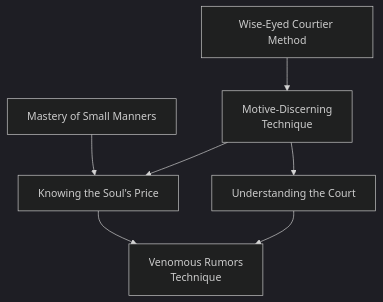
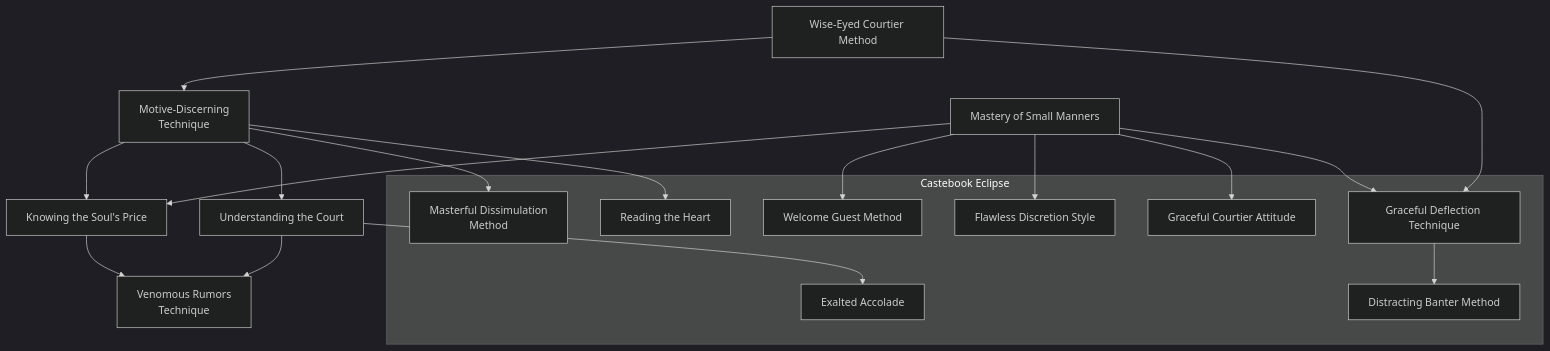
Before and after one commit to jrobichaud/exalted-charms-1e: the diagram in docs/mermaid/solar/eclipse_socialize.mmd, drawn with Mermaid. The commit also changed 8 other files, not shown here.

Commit message:
Castebook eclipse charms

```diff
--- a/docs/mermaid/solar/eclipse_socialize.mmd
+++ b/docs/mermaid/solar/eclipse_socialize.mmd
@@ -170,3 +170,208 @@
         Errata:<br>
         This charm is also lacking a Type. It is also Type: Simple.
         "
+
+    subgraph Castebook Eclipse
+        welcome_guest_method[Welcome Guest Method]
+        click welcome_guest_method callback "
+            Welcome Guest Method<br>
+            <br>
+            Cost: 3 motes<br>
+            Duration: One scene<br>
+            Type: Simple<br>
+            Minimum Socialize: 3<br>
+            Minimum Essence: 2<br>
+            Prerequisite Charms: Mastery of Small Manners<br>
+            <br>
+            A character using this Charm becomes more socially
+            attractive: People find her words charming, her
+            appearance and manner intriguing and her overall
+            presence pleasant and enjoyable. The Chosen's player
+            gains automatic successes equal to his character's
+            permanent Essence on Socialize rolls to make new
+            acquaintances, gain introductions and so forth.
+            "
+
+        flawless_discretion_style[Flawless Discretion Style]
+        click flawless_discretion_style callback "
+            Flawless Discretion Style<br>
+            <br>
+            Cost: 8 motes<br>
+            Duration: One scene<br>
+            Type: Simple<br>
+            Minimum Socialize: 3<br>
+            Minimum Essence: 3<br>
+            Prerequisite Charms: Mastery of Small Manners<br>
+            <br>
+            While this Charm is in use, any effort to spy on
+            the Exalt has its difficulty increased by the character's
+            permanent Essence score. Background noise is always
+            just loud enough to cover the character's conversations,
+            inopportune interruptions prevent others from
+            listening in or looking over the character's shoulder,
+            and searchers never find anything incriminating in
+            the character's quarters or possessions. The Charm
+            does not guard against open inquiries or observation:
+            The character can still be interrogated or openly
+            watched; it only makes it difficult to monitor the
+            Chosen covertly.
+            "
+
+        graceful_courtier_attitude[Graceful Courtier Attitude]
+        click graceful_courtier_attitude callback "
+            Graceful Courtier Attitude<br>
+            <br>
+            Cost: 2 motes per point of reduction<br>
+            Duration: One scene<br>
+            Type: Simple<br>
+            Minimum Socialize: 4<br>
+            Minimum Essence: 2<br>
+            Prerequisite Charms: Mastery of Small Manners<br>
+            <br>
+            By attuning with the flow of Essence, the Chosen
+            becomes virtually unflappable. No matter how difficult
+            or unusual the social situation, she navigates it
+            with enviable ease and grace. Every 2 motes of Essence
+            spent allow the Exalt's player to ignore one point of
+            difficulty on all Socialize rolls imposed by conditions
+            such as a foreign environment, interpersonal tensions,
+            bad weather and bad food, even insult or injury.
+            The difficulty of any Socialize roll cannot be reduced
+            below 1, and this Charm only overcomes penalties
+            that increase the difficulty, it does not make normally
+            difficult feats of Socialize easier (such as convincing a
+            hated enemy to be cooperative). The Exalt using this
+            Charm appears graceful and dignified under even the
+            worst circumstances.
+            "
+
+        graceful_deflection_technique[Graceful Deflection Technique]
+        click graceful_deflection_technique callback "
+            Graceful Deflection Technique<br>
+            <br>
+            Cost: 4 motes<br>
+            Duration: Instant<br>
+            Type: Reflexive<br>
+            Minimum Socialize: 3<br>
+            Minimum Essence: 1<br>
+            Prerequisite Charms: Wise-Eyed Courtier Technique, Master of Small Manners<br>
+            <br>
+            The Chosen's mastery of social graces can remove
+            him from danger in more ways than one.
+            Through a combination of reading an opponent's
+            body language and the use of witty or engaging
+            banter, the character may add a number of dice equal
+            to his Socialize Ability to a single dodge attempt in
+            combat. The character's opponent must be capable
+            of hearing and understanding the Exalt's words, so
+            this Charm is ineffective against opponents who are
+            deaf, do not speak the same language or are largely
+            mindless (such as zombies or beasts).
+            "
+
+        distracting_banter_method[Distracting Banter Method]
+        click distracting_banter_method callback "
+            Distracting Banter Method<br>
+            <br>
+            Cost: 8 motes<br>
+            Duration: One scene<br>
+            Type: Simple<br>
+            Minimum Socialize: 4<br>
+            Minimum Essence: 2<br>
+            Prerequisite Charms: Graceful Deflection Technique<br>
+            <br>
+            The Exalted engages in an almost nonstop stream
+            of witty banter with her opponents, intended to distract
+            them and keep them off balance. So long as the
+            character keeps up the dialog, opponents attacking
+            her subtract a number of dice from their pools equal to
+            the Exalt's Essence. This Charm only works on opponents
+            capable of hearing and understanding the
+            character's words and whose Essence is lower than the
+            character's. The Charm ends if the Chosen stops
+            talking for more than a turn.
+            "
+
+        masterful_dissimulation_method[Masterful Dissimulation<br>Method]
+        click masterful_dissimulation_method callback "
+            Masterful Dissimulation Method<br>
+            <br>
+            Cost: 5 motes<br>
+            Duration: One scene<br>
+            Type: Reflexive<br>
+            Minimum Socialize: 4<br>
+            Minimum Essence: 2<br>
+            Prerequisite Charms: Motive-Discerning Technique<br>
+            <br>
+            This Charm allows the Exalt to conceal his true
+            feelings and motivations; a character using this Charm
+            can speak pleasantly to a hated enemy without any
+            hint of his true feelings showing through. Add the
+            Chosen's permanent Essence score to the difficulty of
+            rolls to pick up on the Exalt's true feelings and motivations.
+            Charms that automatically do so (such as
+            Motive-Discerning Technique) require a successful
+            reflexive opposed Perception + Socialize roll against
+            the Exalt's Wits + Socialize to succeed while this
+            Charm is in effect.
+            "
+
+        reading_the_heart[Reading the Heart]
+        click reading_the_heart callback "
+            Reading the Heart<br>
+            <br>
+            Cost: 10 motes, 1 Willpower<br>
+            Duration: Instant<br>
+            Type: Simple<br>
+            Minimum Socialize: 5<br>
+            Minimum Essence: 2<br>
+            Prerequisite Charms: Motive-Discerning Technique<br>
+            <br>
+            With a masterful understanding of human (and
+            inhuman) nature, the Exalt using this Charm can
+            learn a subject's Nature simply by engaging him in
+            a brief conversation. This provides the Chosen
+            with information about the subject's motivations
+            on a broad scale, rather than relating to a specific
+            situation (such as that gained from Motive-Discerning
+            Technique). While the Exalted gains a
+            rough idea of what motivates the subject, she does
+            not necessarily know how the subject will react in
+            any given situation.
+            "
+
+        exalted_accolade[Exalted Accolade]
+        click exalted_accolade callback "
+            Exalted Accolade<br>
+            <br>
+            Cost: 10 motes, 1 Willpower<br>
+            Duration: One day<br>
+            Type: Simple<br>
+            Minimum Socialize: 5<br>
+            Minimum Essence: 3<br>
+            Prerequisite Charms: Understanding the Court<br>
+            <br>
+            Using this Charm, an Exalt can draw attention to
+            someone else's achievements and good qualities, improving
+            her reputation and standing within a particular
+            social circle. The subject's virtues are emphasized and
+            talked about, while others tend to turn a blind eye to
+            the subject's faults. The Exalted must touch the subject
+            to use this Charm and must offer some praise for
+            the subject in a public setting. For a full day afterward,
+            the subject's player gains a bonus on all Social rolls
+            equal to the Exalted's Essence score. This Charm has
+            no effect on characters with a higher Essence than the
+            Exalt activating the Charm.
+            "
+    end
+
+    mastery_of_small_manners --> welcome_guest_method
+    mastery_of_small_manners --> flawless_discretion_style
+    mastery_of_small_manners --> graceful_courtier_attitude
+    wise_eyed_courtier_method --> graceful_deflection_technique
+    mastery_of_small_manners --> graceful_deflection_technique
+    graceful_deflection_technique --> distracting_banter_method
+    motive_discerning_technique --> masterful_dissimulation_method
+    motive_discerning_technique --> reading_the_heart
+    understanding_the_court --> exalted_accolade
```
